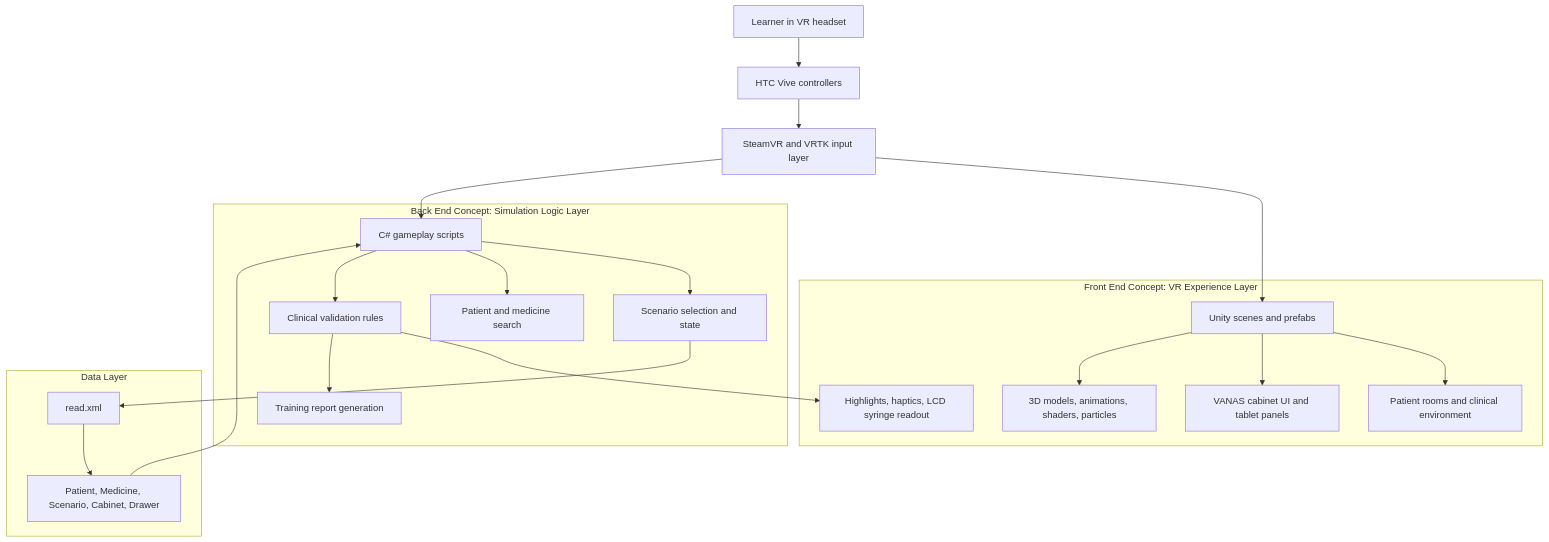
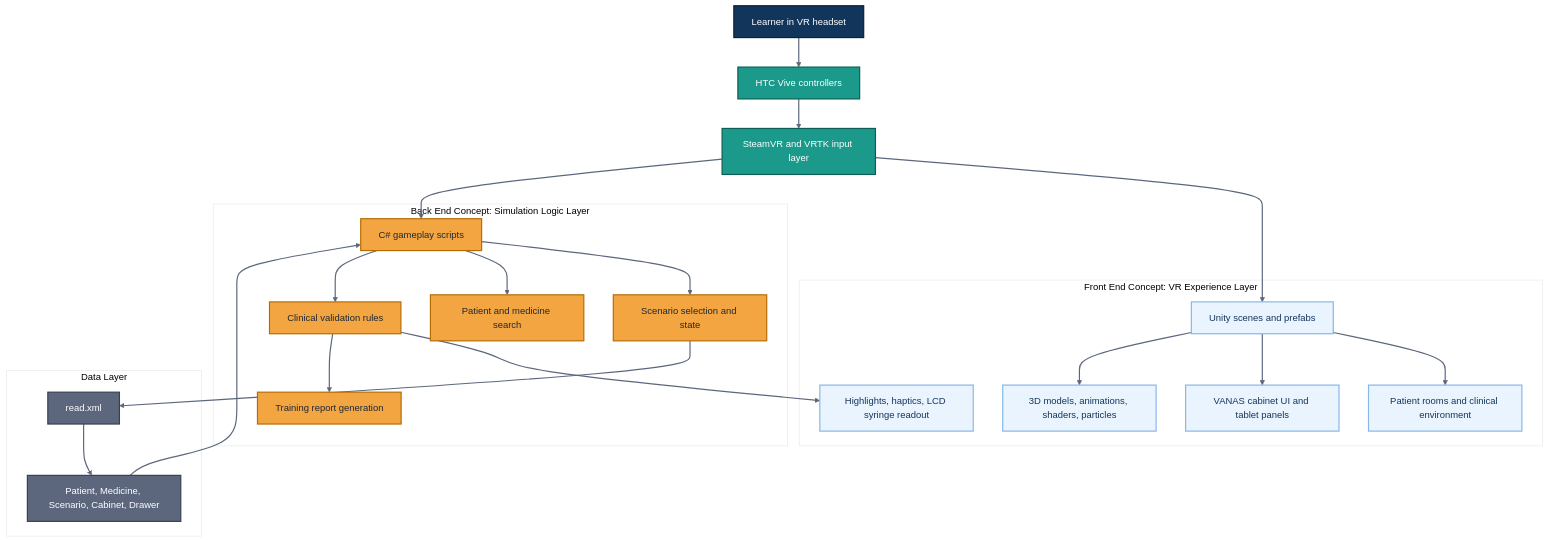
The second of 10 diagrams in README.md (djdcybersecurity/vr-healthcare-simulator), drawn with Mermaid before and after one commit. The commit also changed other lines of this file, not shown here.

Commit message:
Improve README Mermaid diagrams

````diff
--- a/README.md
+++ b/README.md
@@ -143,43 +150,62 @@
 ```mermaid
+%%{init: {'theme': 'base', 'themeVariables': { 'primaryColor': '#EAF4FF', 'primaryTextColor': '#1F2933', 'primaryBorderColor': '#1B998B', 'lineColor': '#5C677D', 'secondaryColor': '#F7FBFF', 'tertiaryColor': '#FFFFFF', 'fontFamily': 'Arial'}}}%%
 flowchart TB
     learner["Learner in VR headset"]
     controllers["HTC Vive controllers"]
     input["SteamVR and VRTK input layer"]
 
     subgraph front [Front End Concept: VR Experience Layer]
         scene["Unity scenes and prefabs"]
         room["Patient rooms and clinical environment"]
         vanasUI["VANAS cabinet UI and tablet panels"]
         assets["3D models, animations, shaders, particles"]
         feedback["Highlights, haptics, LCD syringe readout"]
     end
 
     subgraph backend [Back End Concept: Simulation Logic Layer]
         scripts["C# gameplay scripts"]
         scenario["Scenario selection and state"]
         search["Patient and medicine search"]
         rules["Clinical validation rules"]
         report["Training report generation"]
     end
 
     subgraph data [Data Layer]
         xml["read.xml"]
         models["Patient, Medicine, Scenario, Cabinet, Drawer"]
     end
 
     learner --> controllers
     controllers --> input
     input --> scene
     scene --> room
     scene --> vanasUI
     scene --> assets
     input --> scripts
     scripts --> scenario
     scripts --> search
     scripts --> rules
     rules --> feedback
     rules --> report
     scenario --> xml
     xml --> models
     models --> scripts
+
+    class learner userClass;
+    class controllers,input inputClass;
+    class scene,room,vanasUI,assets,feedback frontClass;
+    class scripts,scenario,search,rules,report backClass;
+    class xml,models dataClass;
+
+
+    classDef userClass fill:#12355B,color:#FFFFFF,stroke:#0B2038,stroke-width:2px;
+    classDef inputClass fill:#1B998B,color:#FFFFFF,stroke:#0E5E55,stroke-width:2px;
+    classDef frontClass fill:#EAF4FF,color:#12355B,stroke:#86B7E7,stroke-width:2px;
+    classDef backClass fill:#F2A541,color:#1F2933,stroke:#B66D00,stroke-width:2px;
+    classDef dataClass fill:#5C677D,color:#FFFFFF,stroke:#374151,stroke-width:2px;
+    classDef successClass fill:#2E7D32,color:#FFFFFF,stroke:#1B5E20,stroke-width:2px;
+    classDef alertClass fill:#F2A541,color:#1F2933,stroke:#B66D00,stroke-width:2px;
+    classDef errorClass fill:#C44536,color:#FFFFFF,stroke:#7F1D1D,stroke-width:2px;
+
+    linkStyle default stroke:#5C677D,stroke-width:2px;
 ```
````
